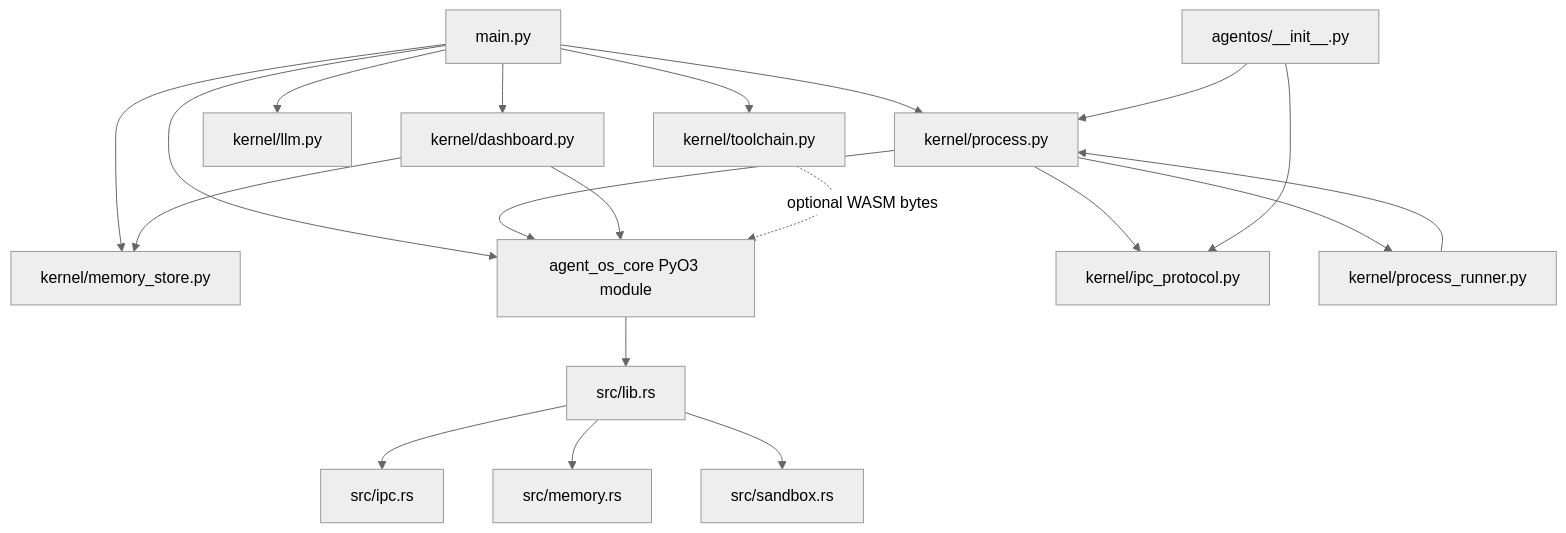
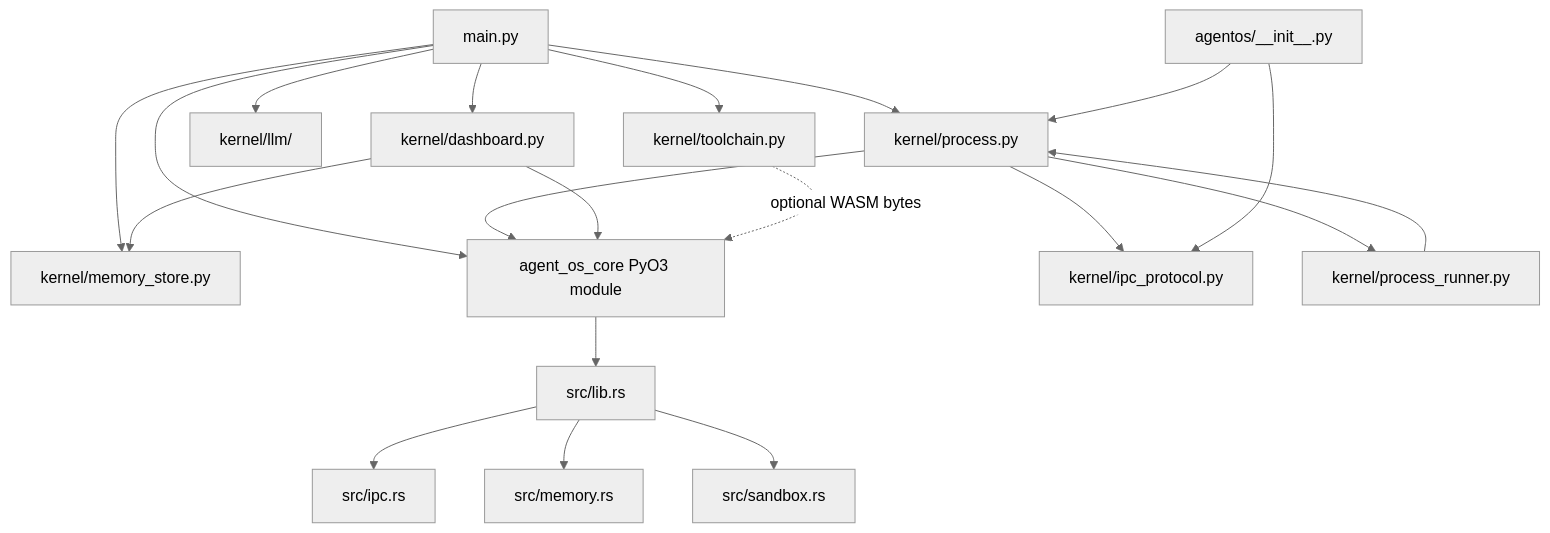
Before and after one commit to ElarizT/AgentOS: diagram 13 of 13 in docs/architecture.md, drawn with Mermaid (neutral theme). The commit also changed other lines of this file and 7 other files, not shown here.

````diff
--- a/docs/architecture.md
+++ b/docs/architecture.md
@@ -440,25 +440,25 @@
 ```mermaid
 flowchart TD
     MAIN["main.py"] --> DASH["kernel/dashboard.py"]
     MAIN --> PROC["kernel/process.py"]
     MAIN --> PMEM["kernel/memory_store.py"]
-    MAIN --> LLM["kernel/llm.py"]
+    MAIN --> LLM["kernel/llm/"]
     MAIN --> TOOL["kernel/toolchain.py"]
     MAIN --> CORE["agent_os_core PyO3 module"]
 
     PROC --> PROTO["kernel/ipc_protocol.py"]
     SDK["agentos/__init__.py"] --> PROC
     SDK --> PROTO
     PROC --> RUNNER["kernel/process_runner.py"]
     PROC --> CORE
     DASH --> CORE
     DASH --> PMEM
     TOOL -. optional WASM bytes .-> CORE
 
     CORE --> LIB["src/lib.rs"]
     LIB --> IPC["src/ipc.rs"]
     LIB --> RMEM["src/memory.rs"]
     LIB --> SANDBOX["src/sandbox.rs"]
 
     RUNNER --> PROC
 ```
````
